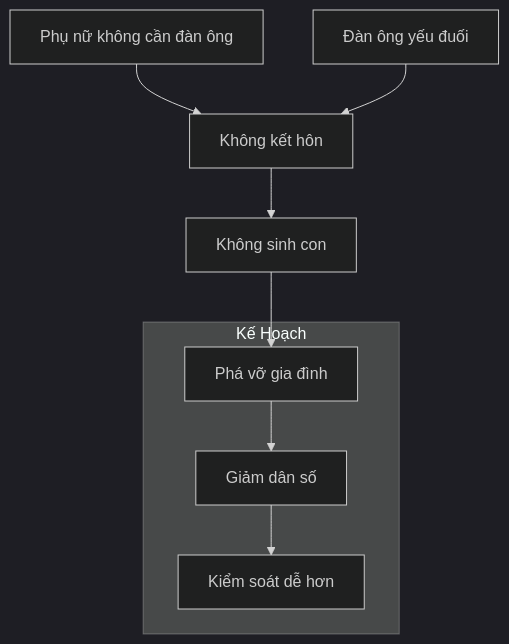
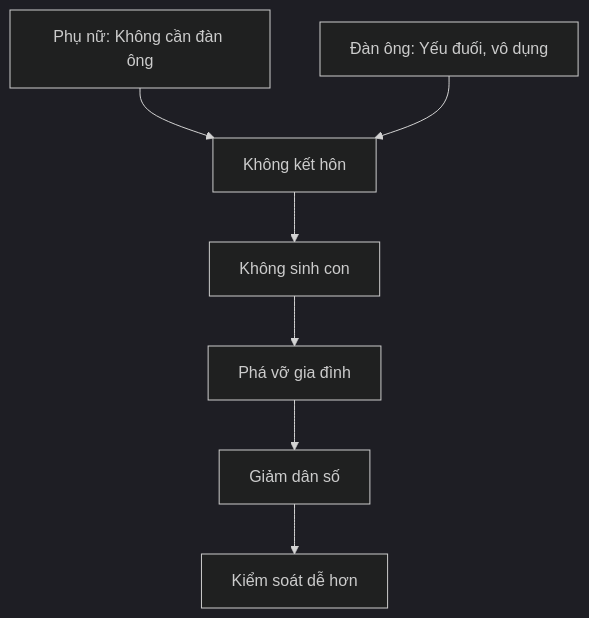
Before and after one commit to dyukahi/knowledge: the fifth of 5 diagrams in mental-models/Tâm Lý Học Tiến Hóa Về Giới Tính.md, drawn with Mermaid (dark theme). The commit also changed other lines of this file, not shown here.

````diff
--- a/mental-models/Tâm Lý Học Tiến Hóa Về Giới Tính.md
+++ b/mental-models/Tâm Lý Học Tiến Hóa Về Giới Tính.md
@@ -331,20 +148,17 @@
 ```mermaid
 flowchart TD
-    subgraph Agenda[Kế Hoạch]
-        F[Phá vỡ gia đình]
-        G[Giảm dân số]
-        C[Kiểm soát dễ hơn]
-    end
-    
-    M1[Phụ nữ không cần đàn ông]
-    M2[Đàn ông yếu đuối]
-    M3[Không kết hôn]
-    M4[Không sinh con]
+    M1["Phụ nữ: Không cần đàn ông"]
+    M2["Đàn ông: Yếu đuối, vô dụng"]
+    M3["Không kết hôn"]
+    M4["Không sinh con"]
+    F["Phá vỡ gia đình"]
+    G["Giảm dân số"]
+    C["Kiểm soát dễ hơn"]
     
     M1 --> M3
     M2 --> M3
     M3 --> M4
     M4 --> F
     F --> G
     G --> C
 ```
````
